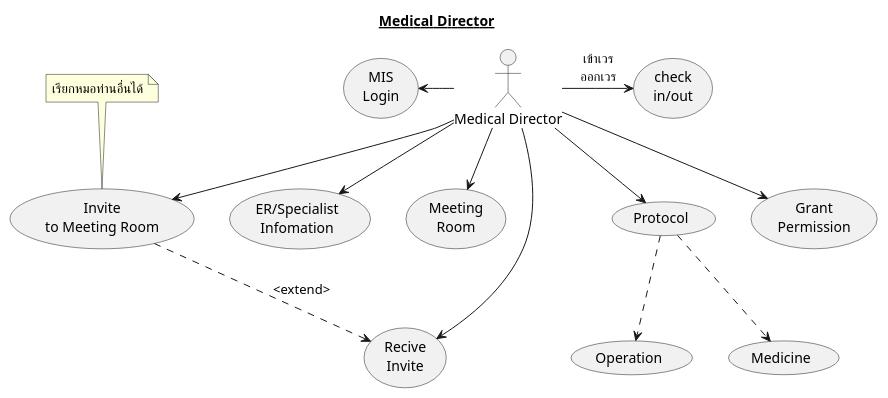
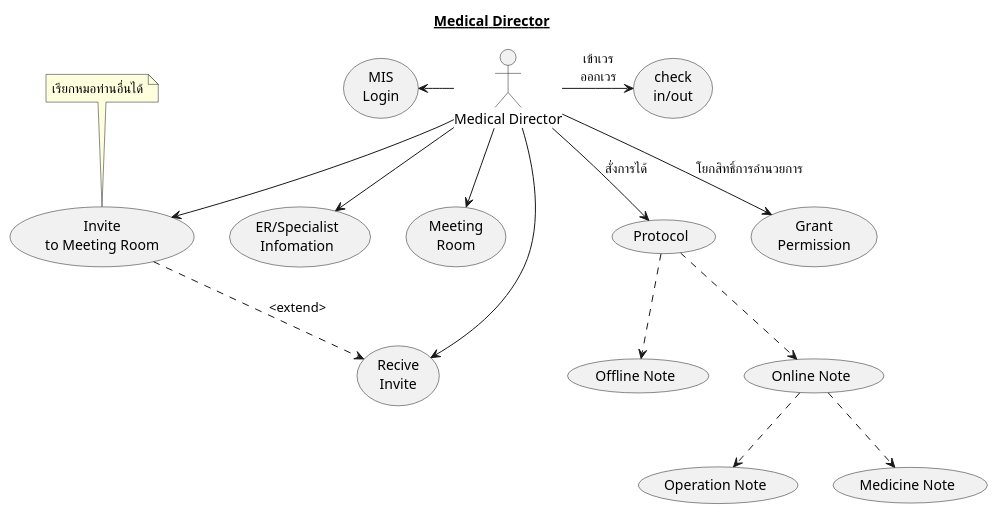
Before and after one commit to lionants02/mis-api-doc: the diagram in uml/scenario_MD.plantuml, drawn with PlantUML. The commit also changed 11 other files, not shown here.

```diff
--- a/uml/scenario_MD.plantuml
+++ b/uml/scenario_MD.plantuml
@@ -1,33 +1,37 @@
 @startuml
 Title __Medical Director__
   :Medical Director: as MD
 
   usecase (Protocol) as Protocol
-  usecase (Operation) as Ops
-  usecase (Medicine) as Med
-  Protocol ..> Ops
-  Protocol ..> Med
+  usecase (Offline Note) as Offline
+  usecase (Online Note) as Online
+  usecase (Operation Note) as Ops
+  usecase (Medicine Note) as Med
+  Protocol ..> Offline
+  Protocol ..> Online
+  Online ..> Ops
+  Online ..> Med
 
   usecase (check\nin/out) as checkIn
   usecase (MIS\nLogin) as MISLogin
   usecase (ER/Specialist\nInfomation) as ERSpecialistInfomation
 
   usecase (Meeting\nRoom) as MeetingRoom
   usecase (Invite\nto Meeting Room) as InviteToMeetingRoom
   usecase (Recive\nInvite) as ReciveInvite
   InviteToMeetingRoom ..> ReciveInvite :<extend>
 
   usecase (Grant\nPermission) as GrantPermission
 
   MD -right-> checkIn : เข้าเวร\nออกเวร
   MD -left-> MISLogin
   MD --> MeetingRoom
   MD --> ERSpecialistInfomation
-  MD --> Protocol
+  MD --> Protocol : สั่งการได้
   MD --> InviteToMeetingRoom
   note top of InviteToMeetingRoom : เรียกหมอท่านอื่นได้
 
   MD --> ReciveInvite
-  MD --> GrantPermission
+  MD --> GrantPermission : โยกสิทธิ์การอำนวยการ
 
 @enduml
```
